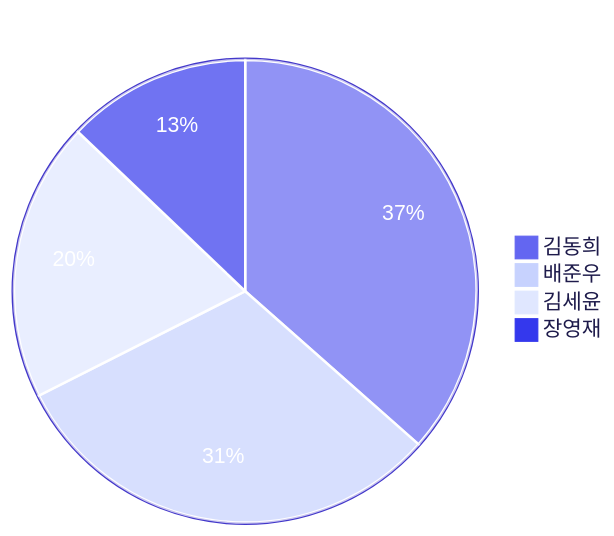
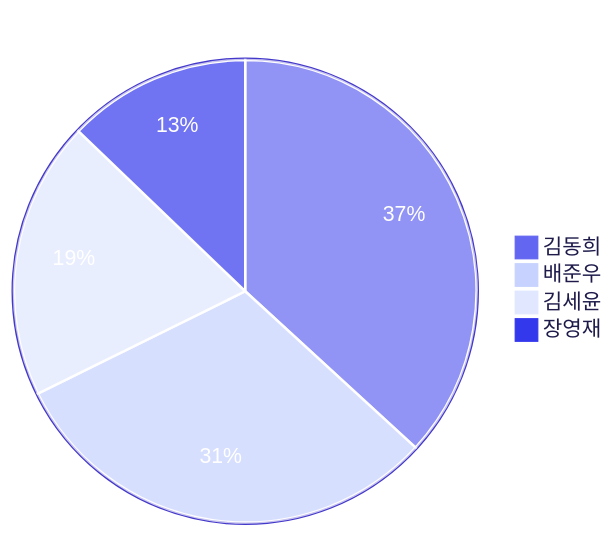
The third of 4 diagrams in README.md (3rd-project-team-1/ALYAC-market-team1), drawn with Mermaid before and after one commit. The commit also changed other lines of this file, not shown here.

Commit message:
docs: 커밋 활동 차트 자동 업데이트 [skip ci]

````diff
--- a/README.md
+++ b/README.md
@@ -430,17 +430,17 @@
 ```mermaid
 %%{init: { 'theme': 'base', 'themeVariables': {
   'primaryColor': '#6366f1',
   'primaryTextColor': '#ffffff',
   'primaryBorderColor': '#4338ca',
   'secondaryColor': '#c7d2fe',
   'tertiaryColor': '#e0e7ff',
   'pieLegendTextColor': '#1e1b4b',
   'pieStrokeColor': '#ffffff',
   'pieOuterStrokeColor': '#4338ca'
 } } }%%
 pie title 기여자별 커밋 수
-  "김동희" : 153
+  "김동희" : 155
   "배준우" : 130
   "김세윤" : 82
   "장영재" : 54
 ```
````
